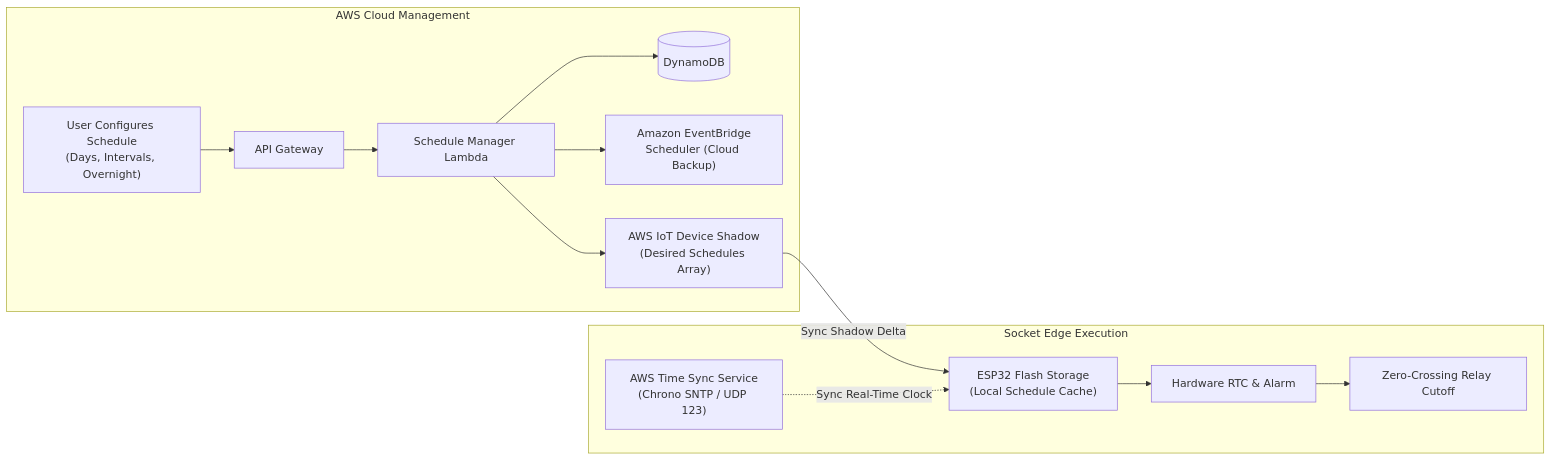
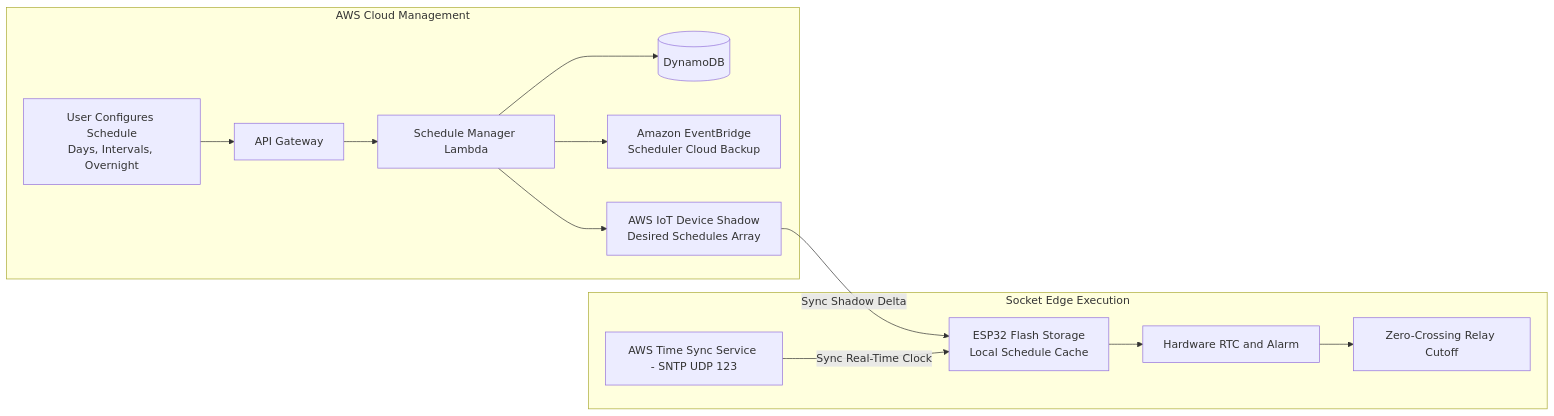
The sixth of 11 diagrams in AWS_BACKEND_INTEGRATION_PLAN.md (VimalChaudhary07/SEMS), drawn with Mermaid before and after one commit. The commit also changed other lines of this file and 5 other files, not shown here.

````diff
--- a/AWS_BACKEND_INTEGRATION_PLAN.md
+++ b/AWS_BACKEND_INTEGRATION_PLAN.md
@@ -412,17 +410,17 @@
 ```mermaid
 flowchart LR
     subgraph Cloud["AWS Cloud Management"]
-        AppUI["User Configures Schedule<br/>(Days, Intervals, Overnight)"] --> APIGW["API Gateway"]
+        AppUI["User Configures Schedule<br/>Days, Intervals, Overnight"] --> APIGW["API Gateway"]
         APIGW --> SchedLambda["Schedule Manager Lambda"]
         SchedLambda --> DynamoDB[("DynamoDB")]
-        SchedLambda --> EventBridge["Amazon EventBridge<br/>Scheduler (Cloud Backup)"]
-        SchedLambda --> IoTCore["AWS IoT Device Shadow<br/>(Desired Schedules Array)"]
+        SchedLambda --> EventBridge["Amazon EventBridge<br/>Scheduler Cloud Backup"]
+        SchedLambda --> IoTCore["AWS IoT Device Shadow<br/>Desired Schedules Array"]
     end
 
     subgraph Edge["Socket Edge Execution"]
-        IoTCore -->|Sync Shadow Delta| Socket["ESP32 Flash Storage<br/>(Local Schedule Cache)"]
-        NTP["AWS Time Sync Service<br/>(Chrono SNTP / UDP 123)"] -.->|Sync Real-Time Clock| Socket
-        Socket --> LocalRTC["Hardware RTC & Alarm"]
+        IoTCore -->|Sync Shadow Delta| Socket["ESP32 Flash Storage<br/>Local Schedule Cache"]
+        NTP["AWS Time Sync Service - SNTP UDP 123"] -->|Sync Real-Time Clock| Socket
+        Socket --> LocalRTC["Hardware RTC and Alarm"]
         LocalRTC --> RelayActuator["Zero-Crossing Relay Cutoff"]
     end
 ```
````
